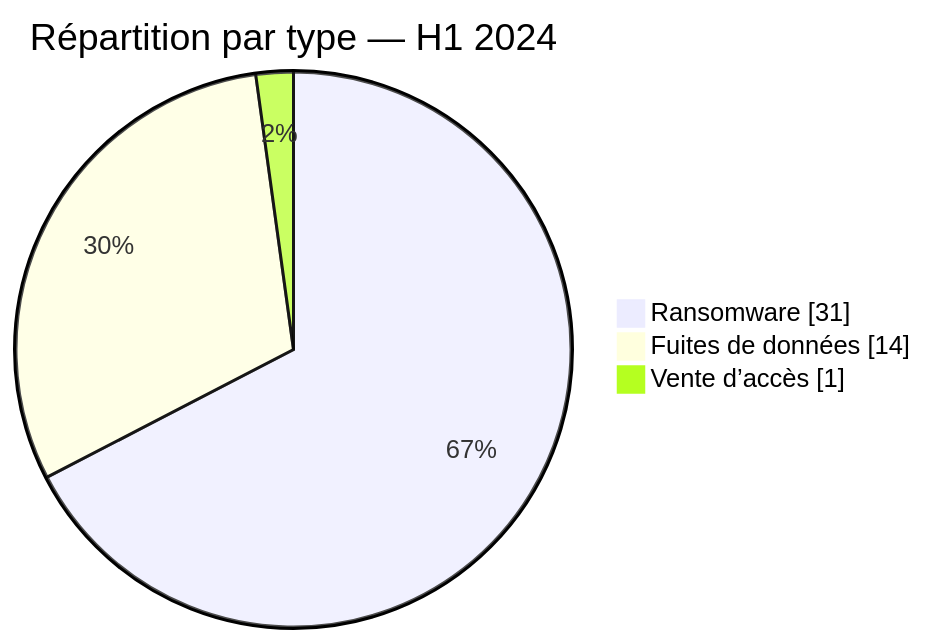
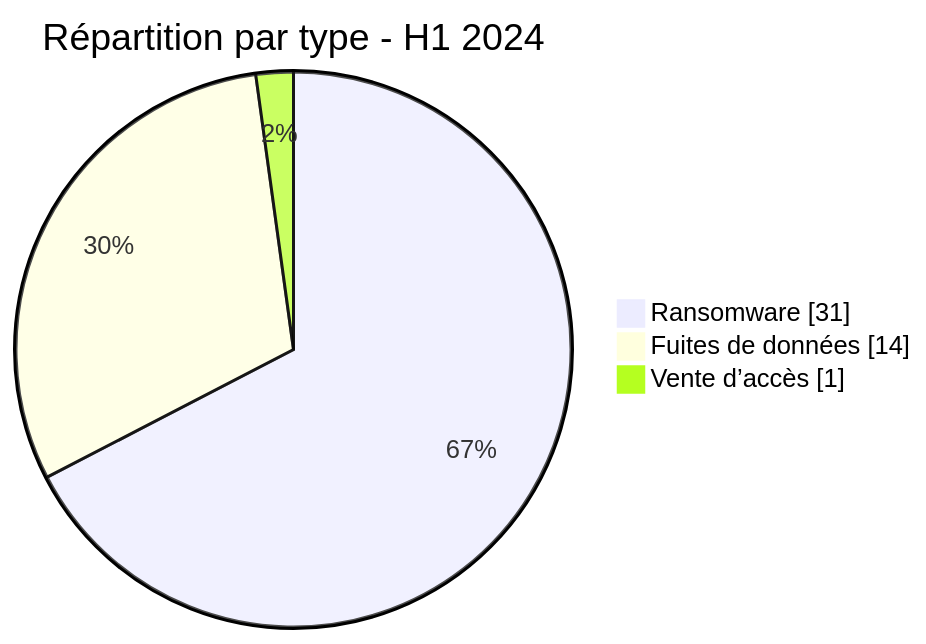
One commit to Hatchepsoute/AFRINTEL changed the second of 2 diagrams in CyberAttackAfrica/2024/README_H1_FR.md. Above: the diagram before and after it, drawn with Mermaid. The commit also changed other lines of this file and 182 other files, not shown here.

````diff
--- a/CyberAttackAfrica/2024/README_H1_FR.md
+++ b/CyberAttackAfrica/2024/README_H1_FR.md
@@ -51,7 +51,7 @@
 ```mermaid
 pie showData
-    title Répartition par type — H1 2024
+    title Répartition par type - H1 2024
     "Ransomware" : 31
     "Fuites de données" : 14
     "Vente d’accès" : 1
 ```
````
